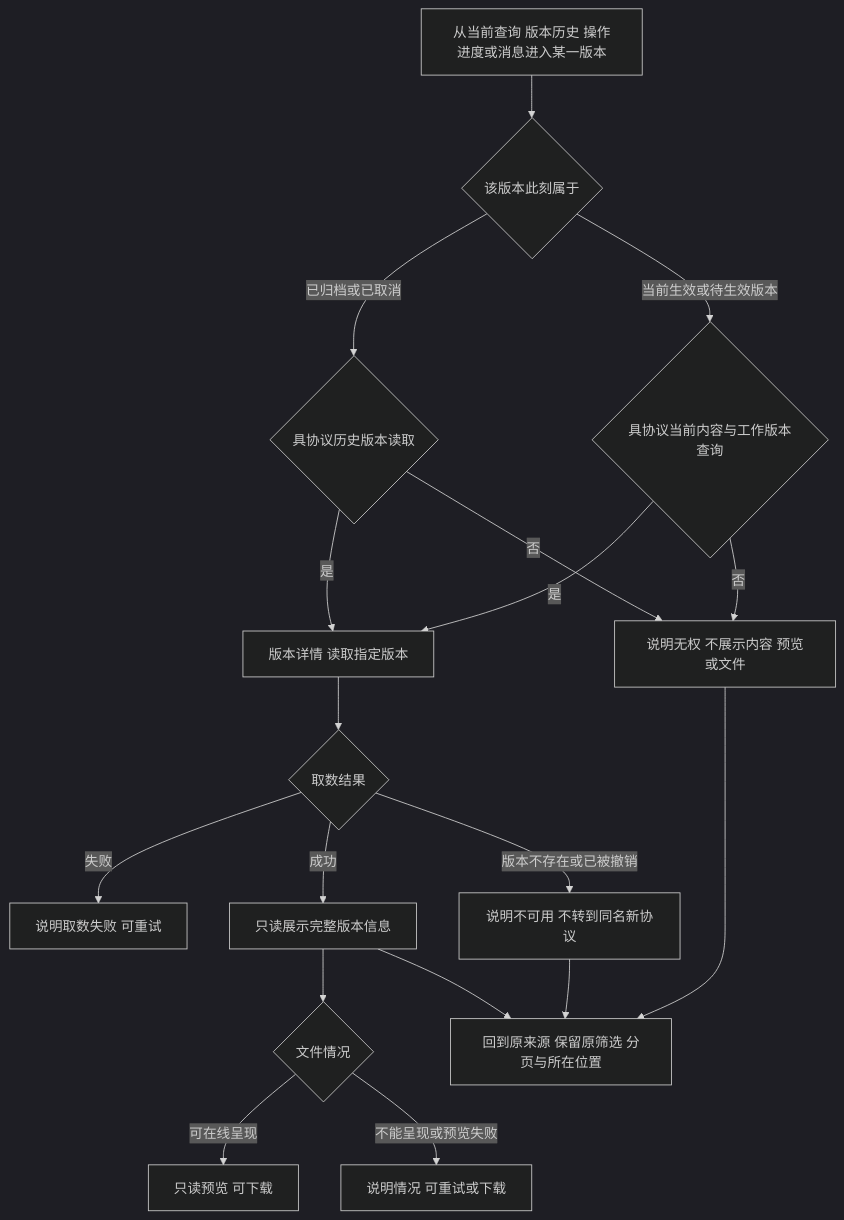
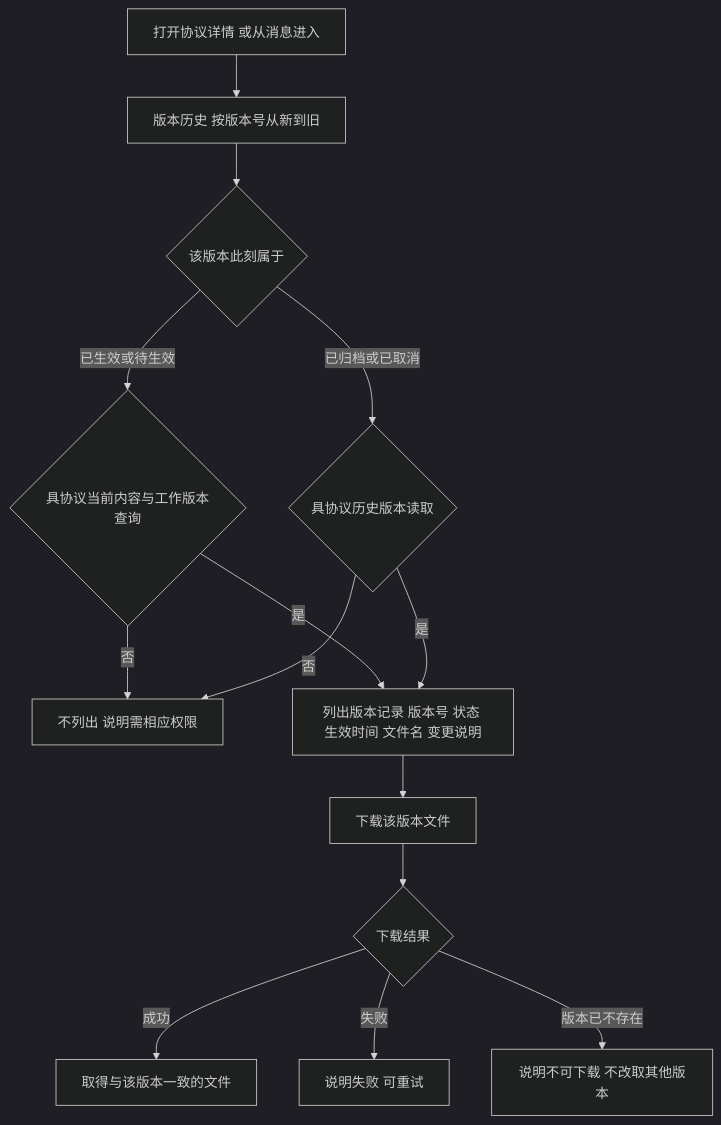
The third of 8 diagrams in lending-platform/PRD/运营端/03-运营端协议管理/02-运营端协议管理-流程图与状态机.md (wxblockchain/Chain-Financing), drawn with Mermaid (dark theme) before and after one commit. The commit also changed other lines of this file and 5 other files, not shown here.

````diff
--- a/lending-platform/PRD/运营端/03-运营端协议管理/02-运营端协议管理-流程图与状态机.md
+++ b/lending-platform/PRD/运营端/03-运营端协议管理/02-运营端协议管理-流程图与状态机.md
@@ -72,20 +72,16 @@
 ```mermaid
 flowchart TD
-    A[从当前查询 版本历史 操作进度或消息进入某一版本] --> B{该版本此刻属于}
-    B -->|当前生效或待生效版本| C{具协议当前内容与工作版本查询}
-    B -->|已归档或已取消| D{具协议历史版本读取}
-    C -->|否| E[说明无权 不展示内容 预览或文件]
-    D -->|否| E
-    C -->|是| F[版本详情 读取指定版本]
-    D -->|是| F
-    F --> G{取数结果}
-    G -->|失败| H[说明取数失败 可重试]
-    G -->|版本不存在或已被撤销| I[说明不可用 不转到同名新协议]
-    G -->|成功| J[只读展示完整版本信息]
-    J --> K{文件情况}
-    K -->|可在线呈现| L[只读预览 可下载]
-    K -->|不能呈现或预览失败| M[说明情况 可重试或下载]
-    E --> O[回到原来源 保留原筛选 分页与所在位置]
-    I --> O
-    J --> O
+    A[打开协议详情 或从消息进入] --> B[版本历史 按版本号从新到旧]
+    B --> C{该版本此刻属于}
+    C -->|已生效或待生效| D{具协议当前内容与工作版本查询}
+    C -->|已归档或已取消| E{具协议历史版本读取}
+    D -->|否| F[不列出 说明需相应权限]
+    E -->|否| F
+    D -->|是| G[列出版本记录 版本号 状态 生效时间 文件名 变更说明]
+    E -->|是| G
+    G --> H[下载该版本文件]
+    H --> I{下载结果}
+    I -->|成功| J[取得与该版本一致的文件]
+    I -->|失败| K[说明失败 可重试]
+    I -->|版本已不存在| L[说明不可下载 不改取其他版本]
 ```
````
